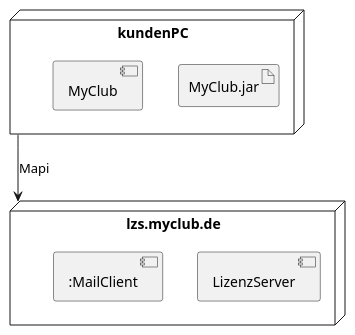
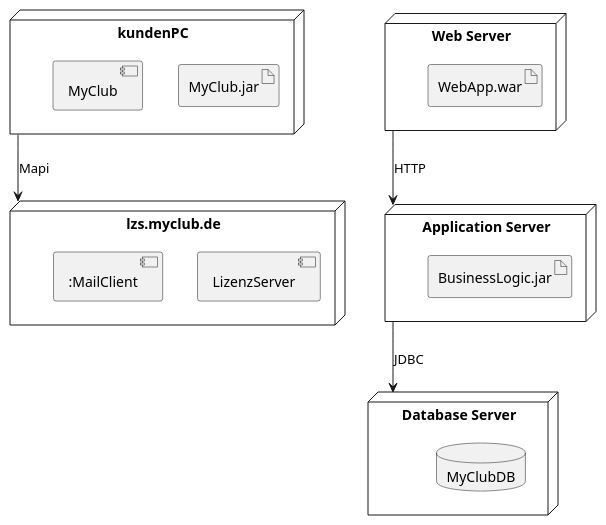
Before and after one commit to theEdguy/Obsidian: the diagram in zettel/Verteilungsdiagramm.md, drawn with PlantUML. The commit also changed other lines of this file and 490 other files, not shown here.

```diff
--- a/zettel/Verteilungsdiagramm.md
+++ b/zettel/Verteilungsdiagramm.md
@@ -20,13 +22,28 @@
 @startuml
 node "kundenPC" as client {
   artifact "MyClub.jar" as myclub
   component "MyClub" as myclub_comp
 }
 
 node "lzs.myclub.de" as server {
   component "LizenzServer" as license
   component ":MailClient" as mail
 }
 
 client --> server : Mapi
+
+node "Web Server" {
+  artifact "WebApp.war"
+}
+
+node "Application Server" {
+  artifact "BusinessLogic.jar"
+}
+
+node "Database Server" {
+  database "MyClubDB"
+}
+
+"Web Server" --> "Application Server" : HTTP
+"Application Server" --> "Database Server" : JDBC
 @enduml
```
